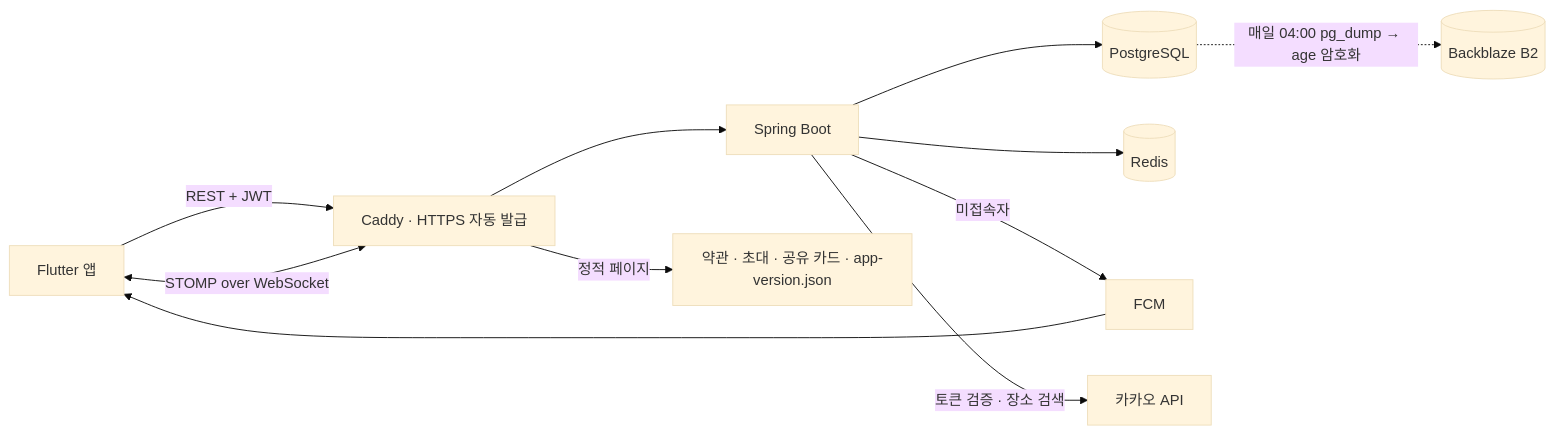
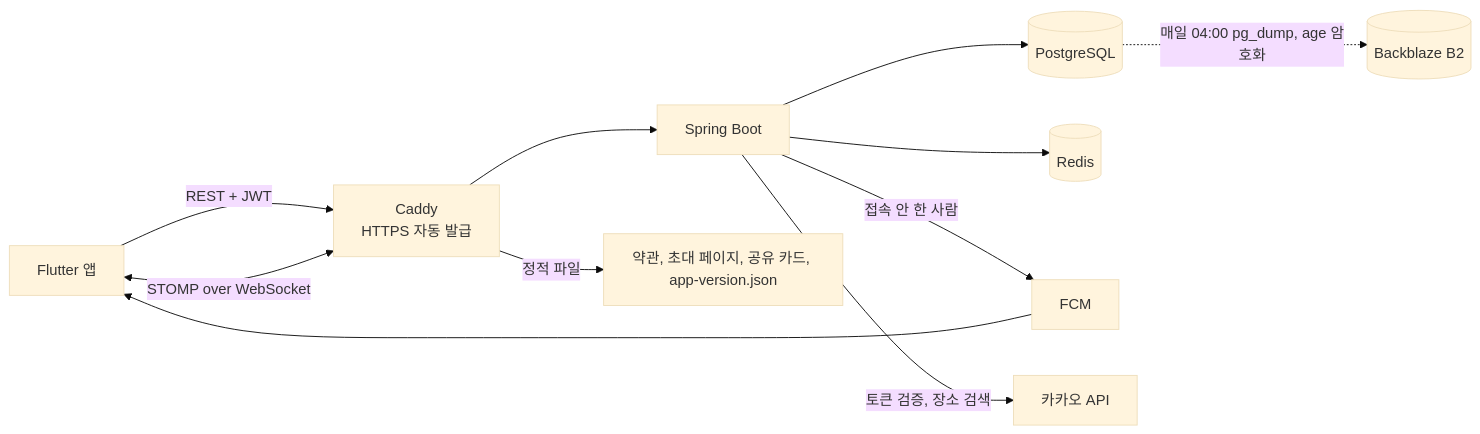
One commit to pyosunyoung/tuk-server changed the diagram in README.md. Above: the diagram before and after it, drawn with Mermaid (base theme). The commit also changed other lines of this file and 1 other file, not shown here.

````diff
--- a/README.md
+++ b/README.md
@@ -77,12 +88,12 @@
 ```mermaid
 flowchart LR
     App[Flutter 앱] -->|REST + JWT| Caddy
     App <-->|STOMP over WebSocket| Caddy
-    Caddy[Caddy · HTTPS 자동 발급] --> Server[Spring Boot]
-    Caddy -->|정적 페이지| Public[약관 · 초대 · 공유 카드 · app-version.json]
+    Caddy[Caddy<br>HTTPS 자동 발급] --> Server[Spring Boot]
+    Caddy -->|정적 파일| Public[약관, 초대 페이지, 공유 카드, app-version.json]
     Server --> PG[(PostgreSQL)]
     Server --> Redis[(Redis)]
-    Server -->|미접속자| FCM[FCM] --> App
-    Server -->|토큰 검증 · 장소 검색| Kakao[카카오 API]
-    PG -. 매일 04:00 pg_dump → age 암호화 .-> B2[(Backblaze B2)]
+    Server -->|접속 안 한 사람| FCM[FCM] --> App
+    Server -->|토큰 검증, 장소 검색| Kakao[카카오 API]
+    PG -. 매일 04:00 pg_dump, age 암호화 .-> B2[(Backblaze B2)]
 ```
````
